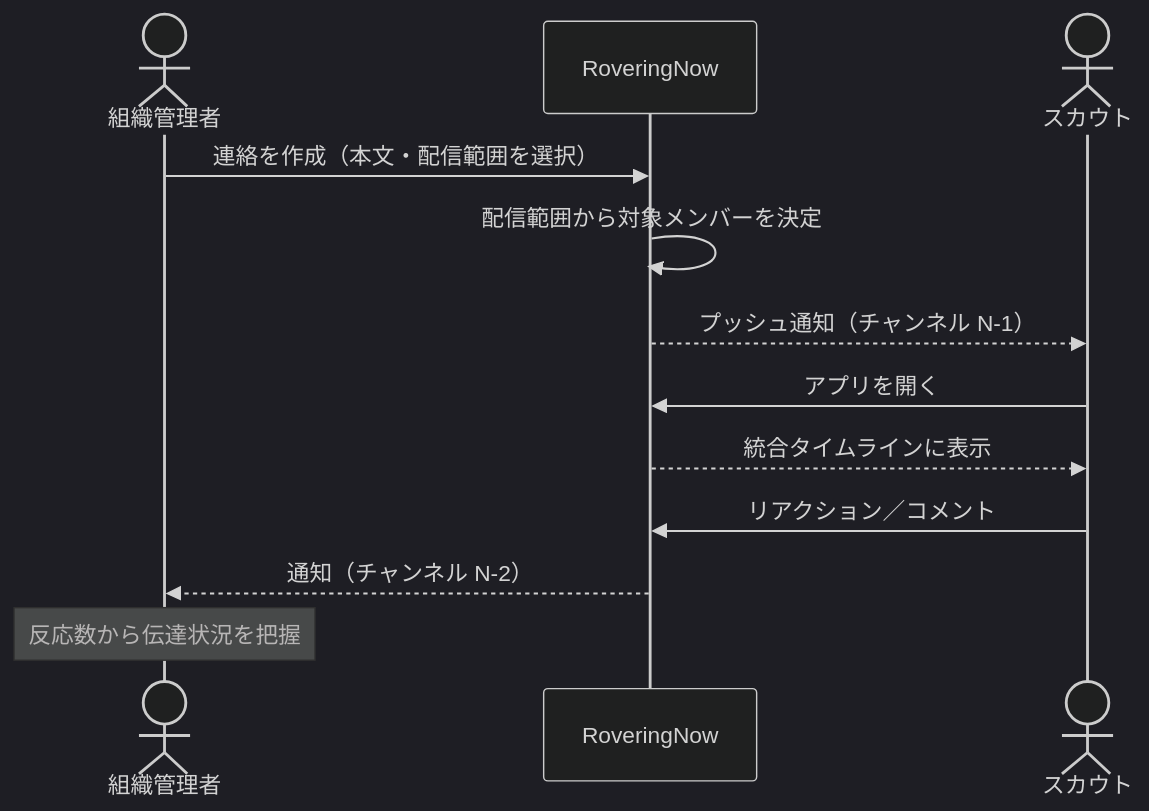
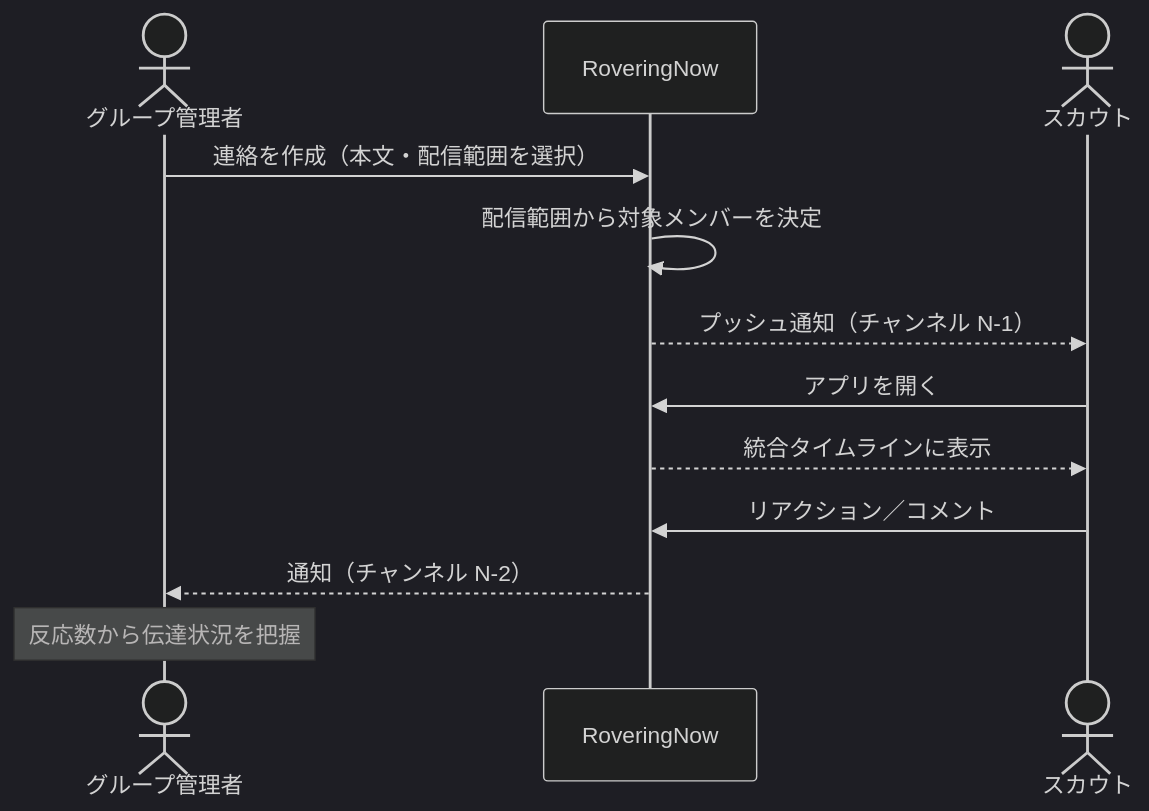
Before and after one commit to GitHatake/RoveringNow: the third of 11 diagrams in docs/10_source/01_basic_design.md, drawn with Mermaid (dark theme). The commit also changed other lines of this file and 2 other files, not shown here.

````diff
--- a/docs/10_source/01_basic_design.md
+++ b/docs/10_source/01_basic_design.md
@@ -257,15 +343,15 @@
 ```mermaid
 sequenceDiagram
-    actor 運営 as 組織管理者
+    actor Admin as グループ管理者
     participant App as RoveringNow
     actor Scout as スカウト
 
-    運営->>App: 連絡を作成（本文・配信範囲を選択）
+    Admin->>App: 連絡を作成（本文・配信範囲を選択）
     App->>App: 配信範囲から対象メンバーを決定
     App-->>Scout: プッシュ通知（チャンネル N-1）
     Scout->>App: アプリを開く
     App-->>Scout: 統合タイムラインに表示
     Scout->>App: リアクション／コメント
-    App-->>運営: 通知（チャンネル N-2）
-    Note over 運営: 反応数から伝達状況を把握
+    App-->>Admin: 通知（チャンネル N-2）
+    Note over Admin: 反応数から伝達状況を把握
 ```
````
